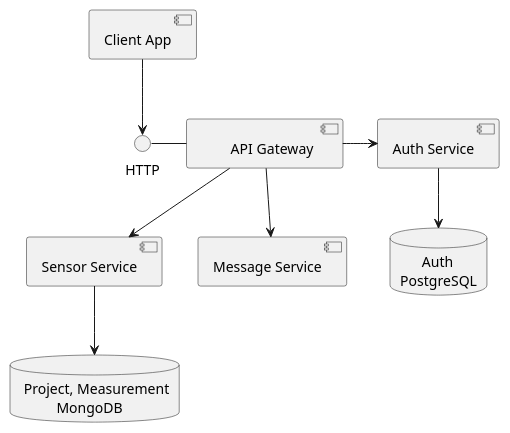
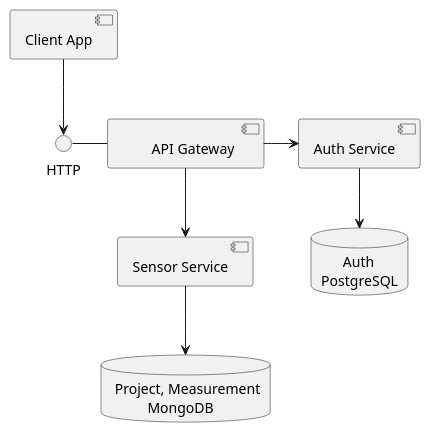
Before and after one commit to mateuszbarnacki/master-thesis: the diagram in arch-docs/component-diagram.puml, drawn with PlantUML.

Commit message:
Remove message service from component diagram

```diff
--- a/arch-docs/component-diagram.puml
+++ b/arch-docs/component-diagram.puml
@@ -1,18 +1,16 @@
 @startuml
 component "Client App" as app
 component "Sensor Service" as sensors
 component "Auth Service" as auth
-component "Message Service" as message
 component "\tAPI Gateway\t" as gateway
 database " Project, Measurement\n          MongoDB" as sensorsDB
 database "      Auth\nPostgreSQL" as authDB
 
 app-d->HTTP
 gateway-l-HTTP
 sensors-d->sensorsDB
 auth-d->authDB
 gateway-r->auth
-gateway-->message
 gateway-d->sensors
 
 @enduml
```
